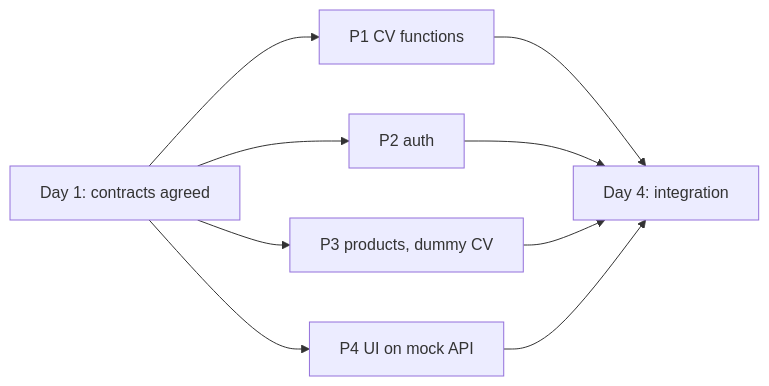
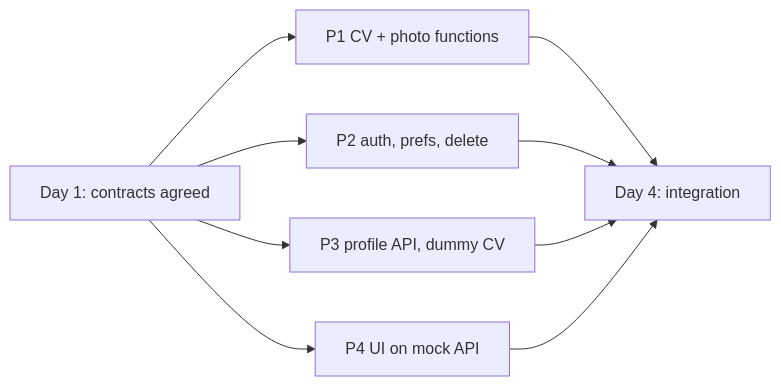
One commit to Arwa-Mahmood/Hue-Me- changed the diagram in openspec/team/README.md. Above: the diagram before and after it, drawn with Mermaid. The commit also changed other lines of this file and 11 other files, not shown here.

````diff
--- a/openspec/team/README.md
+++ b/openspec/team/README.md
@@ -16,11 +48,11 @@
 ```mermaid
 flowchart LR
-  C[Day 1: contracts agreed] --> P1[P1 CV functions]
-  C --> P2[P2 auth]
-  C --> P3[P3 products, dummy CV]
+  C[Day 1: contracts agreed] --> P1[P1 CV + photo functions]
+  C --> P2[P2 auth, prefs, delete]
+  C --> P3[P3 profile API, dummy CV]
   C --> P4[P4 UI on mock API]
   P1 --> I[Day 4: integration]
   P2 --> I
   P3 --> I
   P4 --> I
 ```
````
